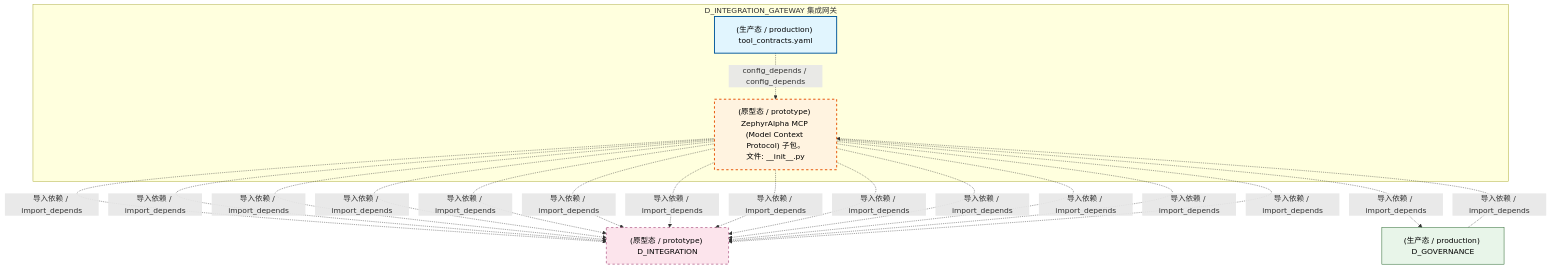
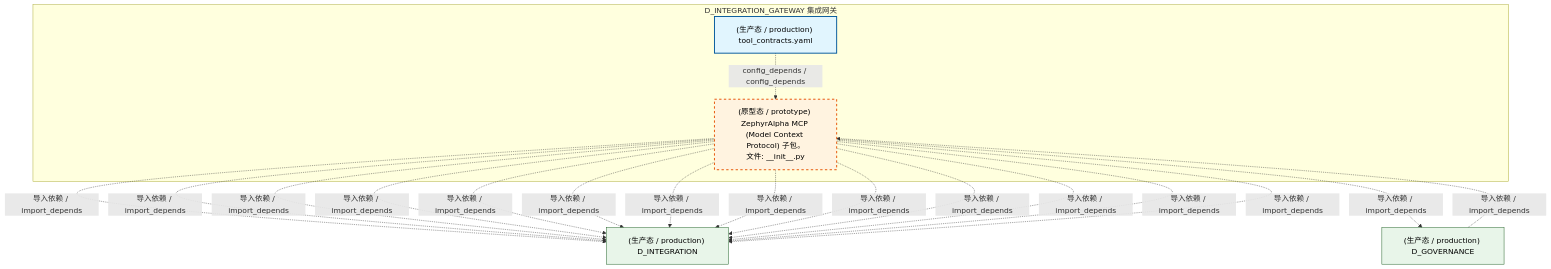
The first of 4 diagrams in docs/02_enterprise_architecture/02_domain_architecture_docs/19_d_integration_gateway.md (xuanFelixVan/ZephyrAlpha), drawn with Mermaid before and after one commit. The commit also changed other lines of this file and 126 other files, not shown here.

````diff
--- a/docs/02_enterprise_architecture/02_domain_architecture_docs/19_d_integration_gateway.md
+++ b/docs/02_enterprise_architecture/02_domain_architecture_docs/19_d_integration_gateway.md
@@ -65,33 +65,32 @@
 ```mermaid
 graph TD
     subgraph D_INTEGRATION_GATEWAY["D_INTEGRATION_GATEWAY 集成网关"]
         src_zephyr_integration_mcp_init_py["(原型态 / prototype) ZephyrAlpha MCP (Model Context Protocol) 子包。<br/>文件: __init__.py"]
         src_zephyr_integration_mcp_tool_contracts_yaml["(生产态 / production) tool_contracts.yaml"]
     end
     src_zephyr_integration_mcp_tool_contracts_yaml -.->|config_depends / config_depends| src_zephyr_integration_mcp_init_py
-    D_INTEGRATION["(原型态 / prototype) D_INTEGRATION"]
+    D_INTEGRATION["(生产态 / production) D_INTEGRATION"]
+    src_zephyr_integration_mcp_init_py -.->|导入依赖 / import_depends| D_INTEGRATION
+    src_zephyr_integration_mcp_init_py -.->|导入依赖 / import_depends| D_INTEGRATION
     src_zephyr_integration_mcp_init_py -.->|导入依赖 / import_depends| D_INTEGRATION
     src_zephyr_integration_mcp_init_py -.->|导入依赖 / import_depends| D_INTEGRATION
     D_GOVERNANCE["(生产态 / production) D_GOVERNANCE"]
     src_zephyr_integration_mcp_init_py -.->|导入依赖 / import_depends| D_GOVERNANCE
-    src_zephyr_integration_mcp_init_py -.->|导入依赖 / import_depends| D_INTEGRATION
-    src_zephyr_integration_mcp_init_py -.->|导入依赖 / import_depends| D_INTEGRATION
     src_zephyr_integration_mcp_init_py -.->|导入依赖 / import_depends| D_INTEGRATION
     src_zephyr_integration_mcp_init_py -.->|导入依赖 / import_depends| D_INTEGRATION
     src_zephyr_integration_mcp_init_py -.->|导入依赖 / import_depends| D_INTEGRATION
     src_zephyr_integration_mcp_init_py -.->|导入依赖 / import_depends| D_INTEGRATION
     src_zephyr_integration_mcp_init_py -.->|导入依赖 / import_depends| D_INTEGRATION
     src_zephyr_integration_mcp_init_py -.->|导入依赖 / import_depends| D_INTEGRATION
     src_zephyr_integration_mcp_init_py -.->|导入依赖 / import_depends| D_INTEGRATION
     src_zephyr_integration_mcp_init_py -.->|导入依赖 / import_depends| D_INTEGRATION
     src_zephyr_integration_mcp_init_py -.->|导入依赖 / import_depends| D_INTEGRATION
     D_GOVERNANCE -.->|导入依赖 / import_depends| src_zephyr_integration_mcp_init_py
     classDef production fill:#e1f5fe,stroke:#01579b,stroke-width:2px,color:#000
     classDef design fill:#fff3e0,stroke:#e65100,stroke-width:2px,color:#000,stroke-dasharray: 5 5
     classDef external_prod fill:#e8f5e9,stroke:#1b5e20,stroke-width:1px,color:#000
     classDef external_design fill:#fce4ec,stroke:#880e4f,stroke-width:1px,color:#000,stroke-dasharray: 5 5
     class src_zephyr_integration_mcp_tool_contracts_yaml production
     class src_zephyr_integration_mcp_init_py design
-    class D_GOVERNANCE external_prod
-    class D_INTEGRATION external_design
+    class D_INTEGRATION,D_GOVERNANCE external_prod
 ```
````
